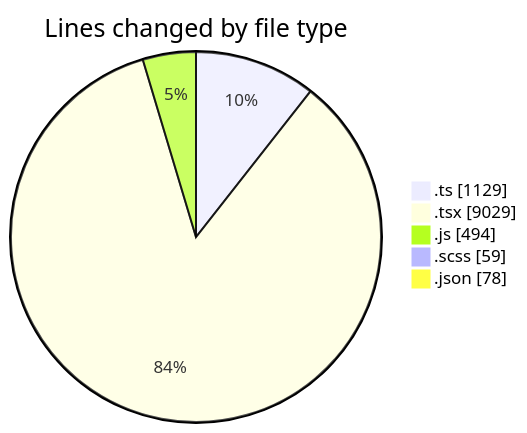
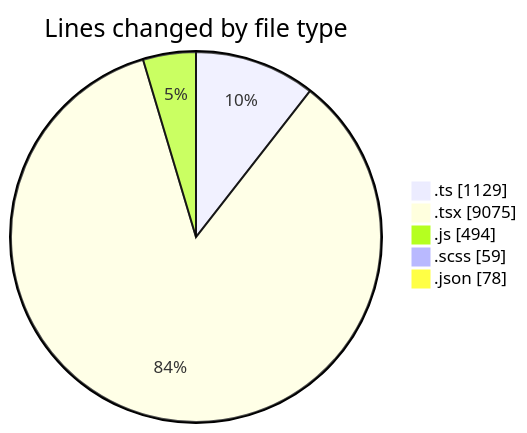
One commit to momahboobian/code-tracking changed the first of 2 diagrams in 2025-09-02/cda/README.md. Above: the diagram before and after it, drawn with Mermaid. The commit also changed other lines of this file and 1 other file, not shown here.

````diff
--- a/2025-09-02/cda/README.md
+++ b/2025-09-02/cda/README.md
@@ -33,9 +33,9 @@
 ```mermaid
 pie showData
 title Lines changed by file type
 ".ts" : 1129
-".tsx" : 9029
+".tsx" : 9075
 ".js" : 494
 ".scss" : 59
 ".json" : 78
 ```
````
